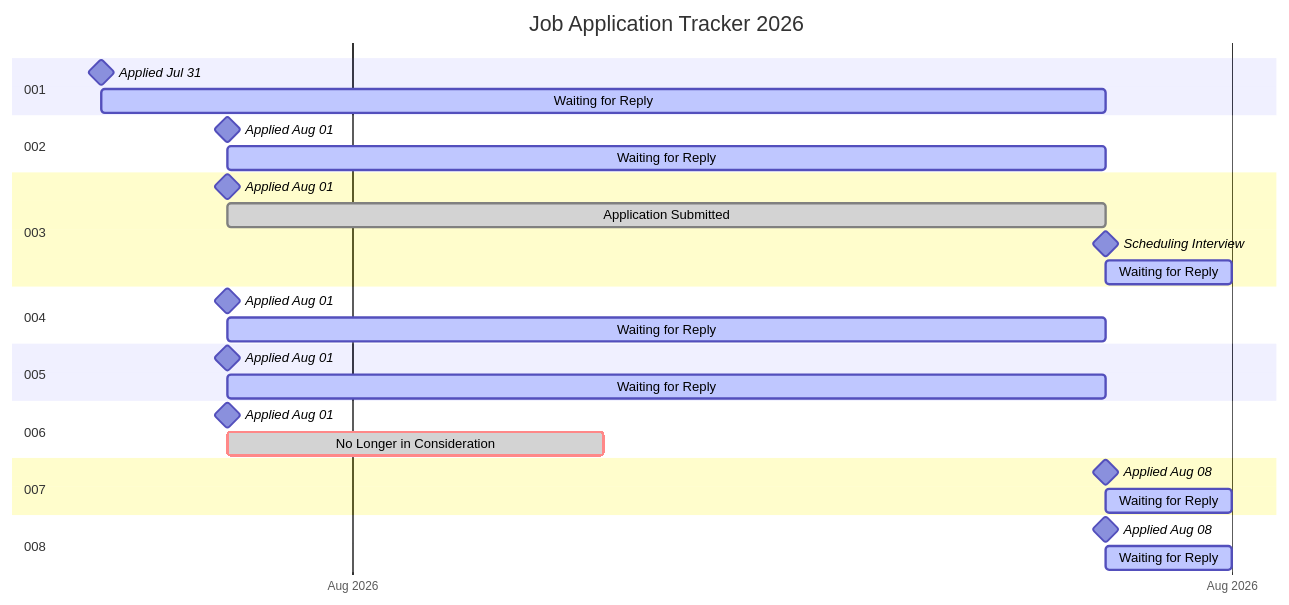
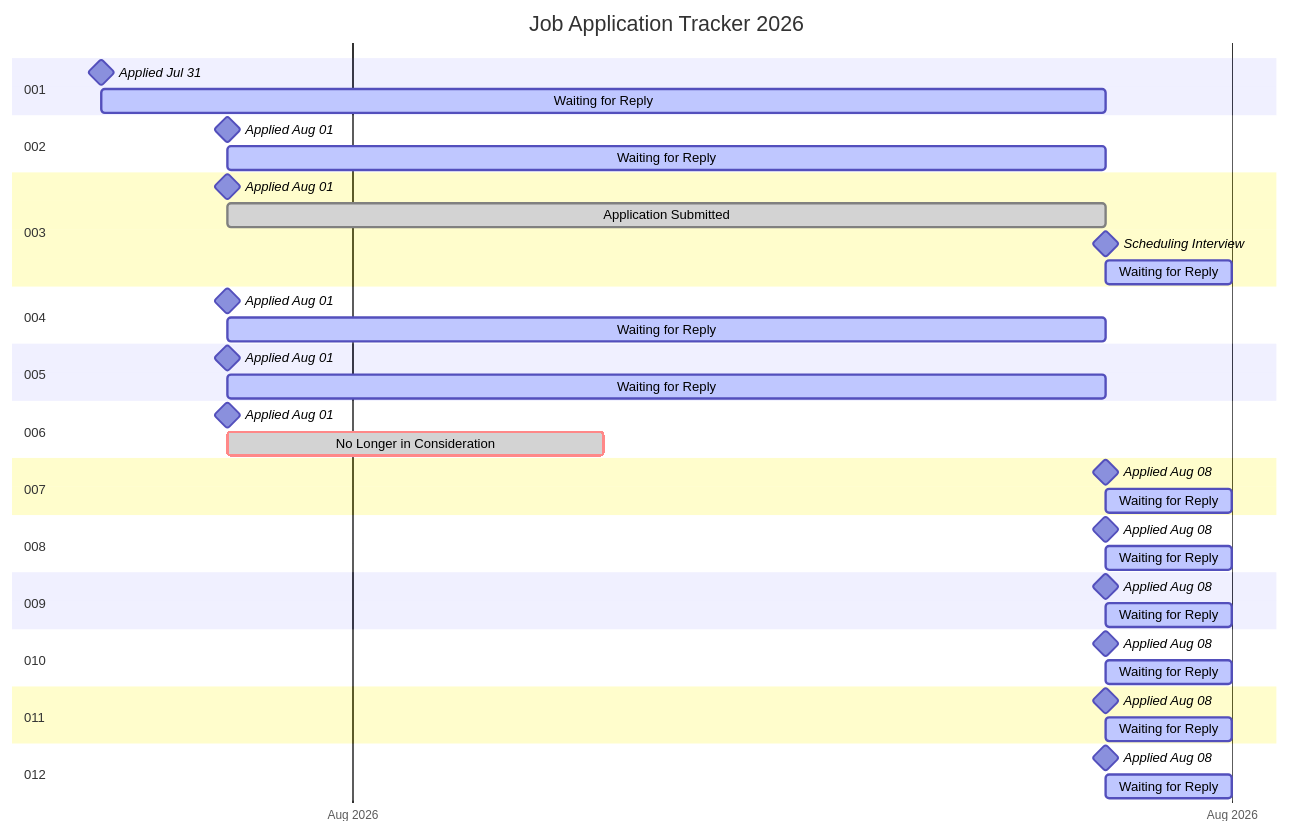
One commit to RileyBeenders/rileybeenders.com changed the diagram in README.md. Above: the diagram before and after it, drawn with Mermaid. The commit also changed other lines of this file and 11 other files, not shown here.

````diff
--- a/README.md
+++ b/README.md
@@ -12,41 +12,57 @@
 ```mermaid
   gantt
     title Job Application Tracker 2026
     dateFormat YYYY-MM-DD
     tickInterval 1week
     axisFormat %b %Y
 
     section 001
     Applied Jul 31                  :milestone, 2026-07-31, 0d
     Waiting for Reply               :active, 2026-07-31, 8d
 
     section 002
     Applied Aug 01                  :milestone, 2026-08-01, 0d
     Waiting for Reply               :active, 2026-08-01, 7d
 
     section 003
     Applied Aug 01                  :milestone, 2026-08-01, 0d
     Application Submitted           :done, 2026-08-01, 7d
     Scheduling Interview            :milestone, 2026-08-08
     Waiting for Reply               :active, 2026-08-08, 1d
 
     section 004
     Applied Aug 01                  :milestone, 2026-08-01, 0d
-    Waiting for Reply				:active, 2026-08-01, 7d
+    Waiting for Reply				        :active, 2026-08-01, 7d
 
     section 005
     Applied Aug 01                  :milestone, 2026-08-01, 0d
-    Waiting for Reply				:active, 2026-08-01, 7d
+    Waiting for Reply				        :active, 2026-08-01, 7d
 
     section 006
     Applied Aug 01                  :milestone, 2026-08-01, 0d
-    No Longer in Consideration		:crit, done, 2026-08-01, 3d
+    No Longer in Consideration		  :crit, done, 2026-08-01, 3d
 
     section 007
     Applied Aug 08                  :milestone, 2026-08-08, 0d
-    Waiting for Reply				:active, 2026-08-08, 1d
+    Waiting for Reply				        :active, 2026-08-08, 1d
 
     section 008
     Applied Aug 08                  :milestone, 2026-08-08, 0d
-    Waiting for Reply				:active, 2026-08-08, 1d
+    Waiting for Reply				        :active, 2026-08-08, 1d
+
+    section 009
+    Applied Aug 08                  :milestone, 2026-08-08, 0d
+    Waiting for Reply				        :active, 2026-08-08, 1d
+
+    section 010
+    Applied Aug 08                  :milestone, 2026-08-08, 0d
+    Waiting for Reply				        :active, 2026-08-08, 1d
+
+    section 011
+    Applied Aug 08                  :milestone, 2026-08-08, 0d
+    Waiting for Reply				        :active, 2026-08-08, 1d
+
+    section 012
+    Applied Aug 08                  :milestone, 2026-08-08, 0d
+    Waiting for Reply				        :active, 2026-08-08, 1d
 ```
````
